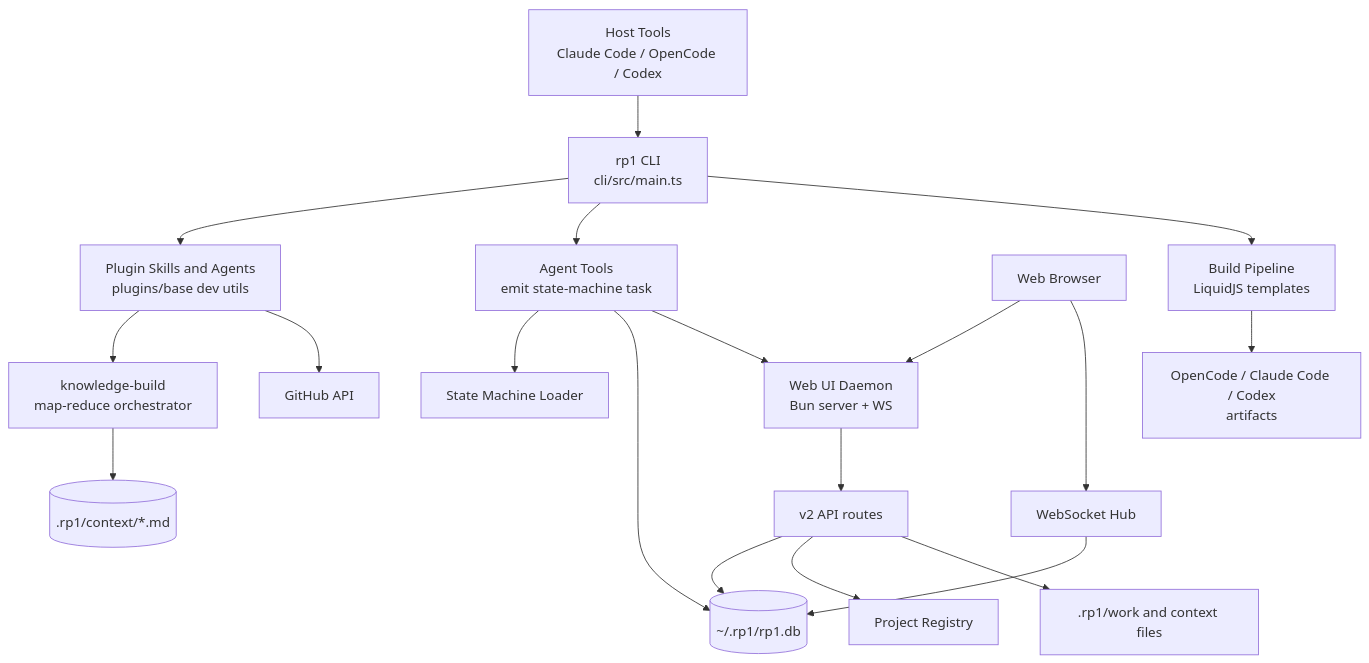
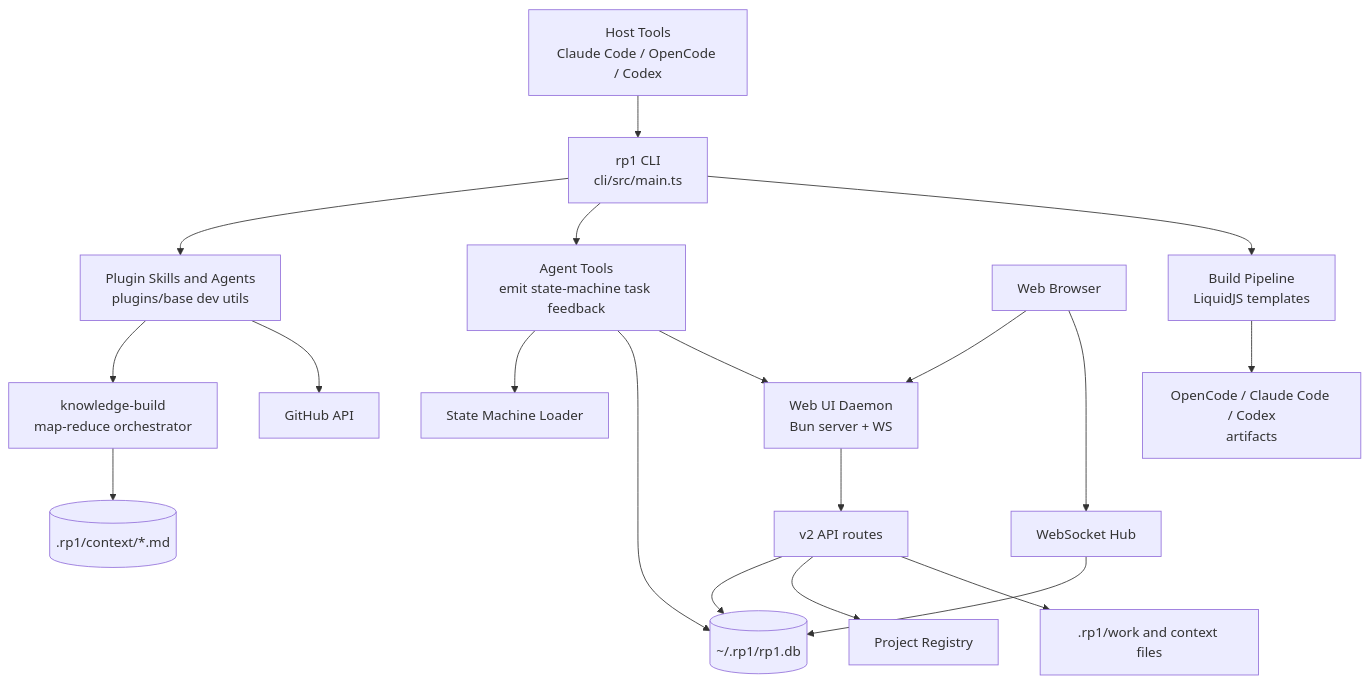
One commit to rp1-run/rp1 changed the diagram in .rp1/context/architecture.md. Above: the diagram before and after it, drawn with Mermaid. The commit also changed other lines of this file and 5 other files, not shown here.

````diff
--- a/.rp1/context/architecture.md
+++ b/.rp1/context/architecture.md
@@ -9,21 +9,21 @@
 ```mermaid
 flowchart TB
     Host["Host Tools\nClaude Code / OpenCode / Codex"] --> CLI["rp1 CLI\ncli/src/main.ts"]
     CLI --> Skills["Plugin Skills and Agents\nplugins/base dev utils"]
-    CLI --> Tools["Agent Tools\nemit state-machine task"]
+    CLI --> Tools["Agent Tools\nemit state-machine task feedback"]
     Skills --> KBBuild["knowledge-build\nmap-reduce orchestrator"]
     KBBuild --> KBFiles[(".rp1/context/*.md")]
     Tools --> SM["State Machine Loader"]
     Tools --> EmitDB[("~/.rp1/rp1.db")]
     Tools --> Daemon["Web UI Daemon\nBun server + WS"]
     Daemon --> API["v2 API routes"]
     API --> EmitDB
     API --> Registry["Project Registry"]
     API --> Workspace[".rp1/work and context files"]
     Browser["Web Browser"] --> Daemon
     Browser --> WS["WebSocket Hub"]
     WS --> EmitDB
     Skills --> GitHub["GitHub API"]
     CLI --> BuildPipeline["Build Pipeline\nLiquidJS templates"]
     BuildPipeline --> Platforms["OpenCode / Claude Code / Codex\nartifacts"]
 ```
````
